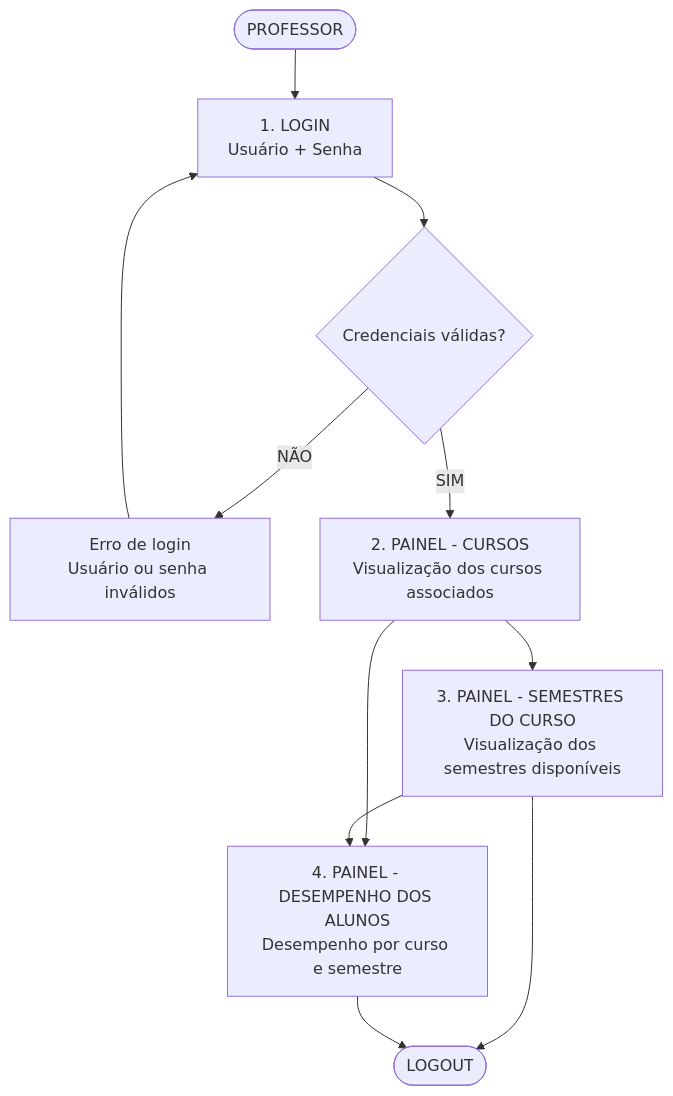
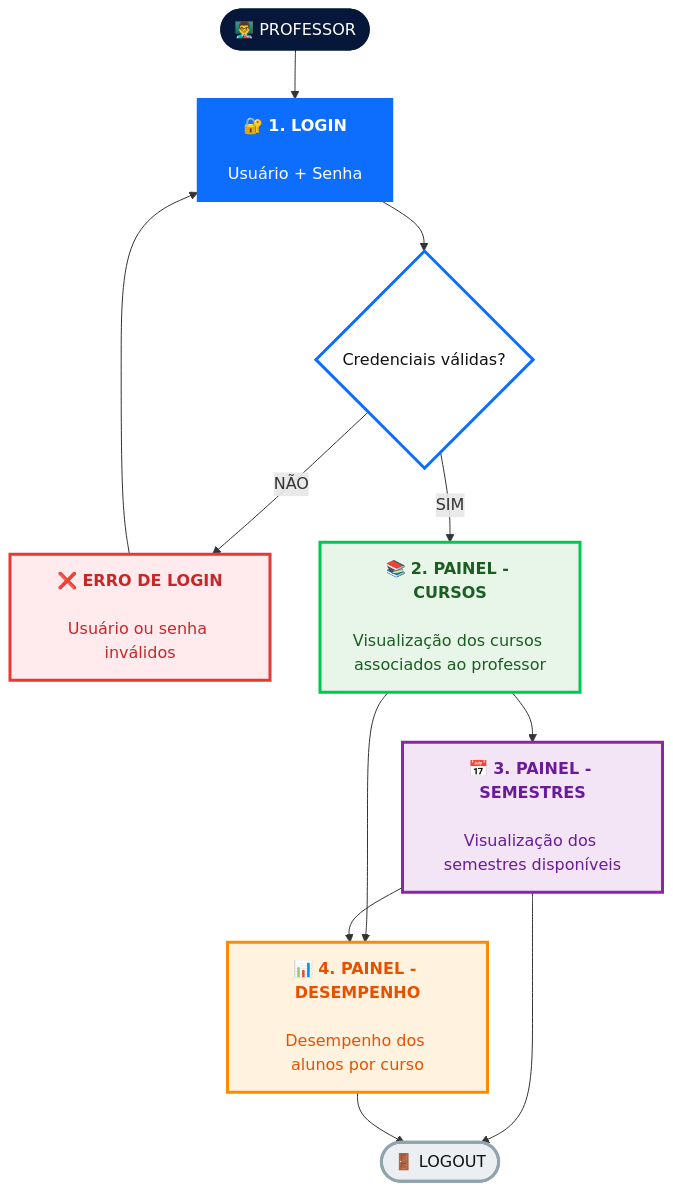
The first of 2 diagrams in README.md (jvondoellinger/Projeto-Integra-o-Escola-Software-PIES), drawn with Mermaid before and after one commit. The commit also changed other lines of this file, not shown here.

````diff
--- a/README.md
+++ b/README.md
@@ -44,35 +44,46 @@
 ```mermaid
 flowchart TD
 
-    A([PROFESSOR])
+    A([👨‍🏫 PROFESSOR])
 
-    B[1. LOGIN<br/>Usuário + Senha]
+    B["🔐 <b>1. LOGIN</b><br/><br/>Usuário + Senha"]
 
-    C{Credenciais válidas?}
+    C{"Credenciais válidas?"}
 
-    D[Erro de login<br/>Usuário ou senha inválidos]
+    D["❌ <b>ERRO DE LOGIN</b><br/><br/>Usuário ou senha inválidos"]
 
-    E[2. PAINEL - CURSOS<br/>Visualização dos cursos associados]
+    E["📚 <b>2. PAINEL - CURSOS</b><br/><br/>Visualização dos cursos associados ao professor"]
 
-    F[3. PAINEL - SEMESTRES DO CURSO<br/>Visualização dos semestres disponíveis]
+    F["📅 <b>3. PAINEL - SEMESTRES</b><br/><br/>Visualização dos semestres disponíveis"]
 
-    G[4. PAINEL - DESEMPENHO DOS ALUNOS<br/>Desempenho por curso e semestre]
+    G["📊 <b>4. PAINEL - DESEMPENHO</b><br/><br/>Desempenho dos alunos por curso"]
 
-    H([LOGOUT])
+    H([🚪 LOGOUT])
 
     A --> B
     B --> C
 
     C -- NÃO --> D
     D --> B
 
     C -- SIM --> E
 
     E --> F
     E --> G
 
     F --> G
 
     F --> H
     G --> H
+
+    %% CORES
+
+    style A fill:#061739,color:#fff,stroke:#061739,stroke-width:3px
+    style B fill:#0D6EFD,color:#fff,stroke:#0D6EFD,stroke-width:2px
+    style C fill:#ffffff,color:#111,stroke:#0D6EFD,stroke-width:3px
+    style D fill:#FFEBEE,color:#C62828,stroke:#E53935,stroke-width:3px
+    style E fill:#E8F5E9,color:#1B5E20,stroke:#00C853,stroke-width:3px
+    style F fill:#F3E5F5,color:#6A1B9A,stroke:#8E24AA,stroke-width:3px
+    style G fill:#FFF3E0,color:#E65100,stroke:#FB8C00,stroke-width:3px
+    style H fill:#ECEFF1,color:#111,stroke:#90A4AE,stroke-width:3px
 ```
````
